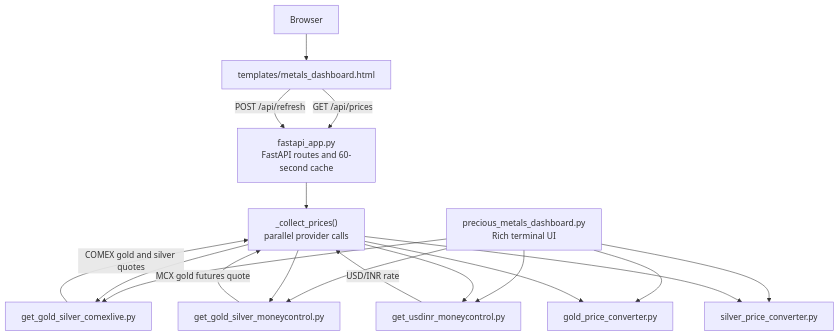
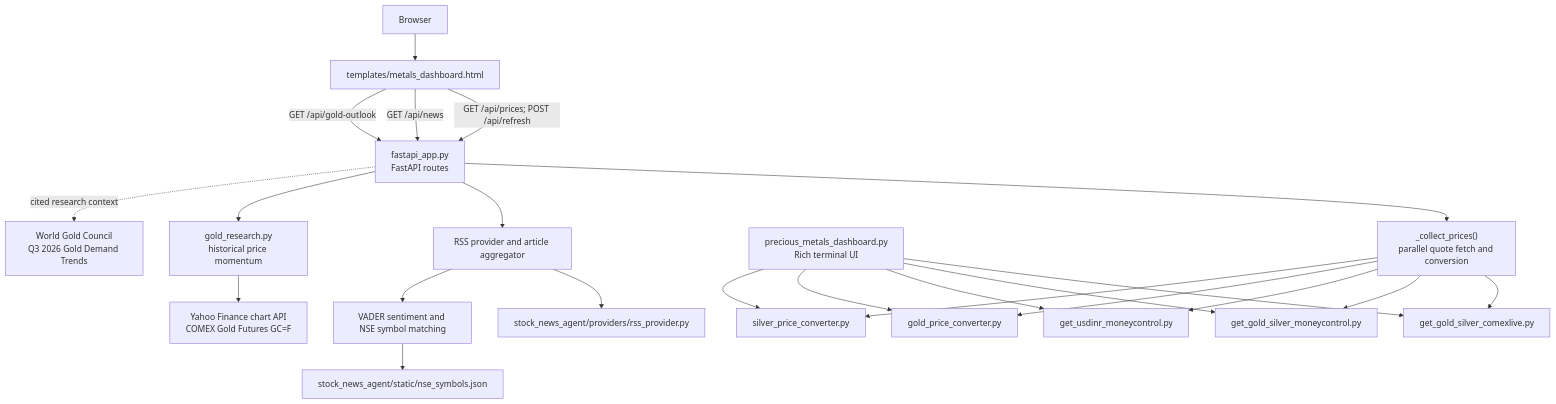
Before and after one commit to lalitshrey/gold_info_web: the diagram in architecture.md, drawn with Mermaid. The commit also changed other lines of this file, not shown here.

Commit message:
Update project architecture documentation

````diff
--- a/architecture.md
+++ b/architecture.md
@@ -15,34 +10,44 @@
 ```mermaid
 flowchart TD
     Browser["Browser"]
     UI["templates/metals_dashboard.html"]
-    API["fastapi_app.py<br/>FastAPI routes and 60-second cache"]
-    Collector["_collect_prices()<br/>parallel provider calls"]
+    API["fastapi_app.py<br/>FastAPI routes"]
+    Prices["_collect_prices()<br/>parallel quote fetch and conversion"]
+    News["RSS provider and article aggregator"]
+    Sentiment["VADER sentiment and NSE symbol matching"]
+    Outlook["gold_research.py<br/>historical price momentum"]
+    Terminal["precious_metals_dashboard.py<br/>Rich terminal UI"]
 
     COMEX["get_gold_silver_comexlive.py"]
     MCX["get_gold_silver_moneycontrol.py"]
     FX["get_usdinr_moneycontrol.py"]
     GoldMath["gold_price_converter.py"]
     SilverMath["silver_price_converter.py"]
-
-    Terminal["precious_metals_dashboard.py<br/>Rich terminal UI"]
+    Yahoo["Yahoo Finance chart API<br/>COMEX Gold Futures GC=F"]
+    WGC["World Gold Council<br/>Q3 2026 Gold Demand Trends"]
+    RSS["stock_news_agent/providers/rss_provider.py"]
+    Symbols["stock_news_agent/static/nse_symbols.json"]
 
     Browser --> UI
-    UI -->|"GET /api/prices"| API
-    UI -->|"POST /api/refresh"| API
-    API --> Collector
+    UI -->|"GET /api/prices; POST /api/refresh"| API
+    UI -->|"GET /api/news"| API
+    UI -->|"GET /api/gold-outlook"| API
+    API --> Prices
+    API --> News
+    News --> RSS
+    News --> Sentiment
+    Sentiment --> Symbols
+    API --> Outlook
+    Outlook --> Yahoo
+    API -. "cited research context" .-> WGC
+    Prices --> COMEX
+    Prices --> MCX
+    Prices --> FX
+    Prices --> GoldMath
+    Prices --> SilverMath
     Terminal --> COMEX
     Terminal --> MCX
     Terminal --> FX
     Terminal --> GoldMath
     Terminal --> SilverMath
-    Collector --> COMEX
-    Collector --> MCX
-    Collector --> FX
-    Collector --> GoldMath
-    Collector --> SilverMath
-
-    COMEX -->|"COMEX gold and silver quotes"| Collector
-    MCX -->|"MCX gold futures quote"| Collector
-    FX -->|"USD/INR rate"| Collector
 ```
````
